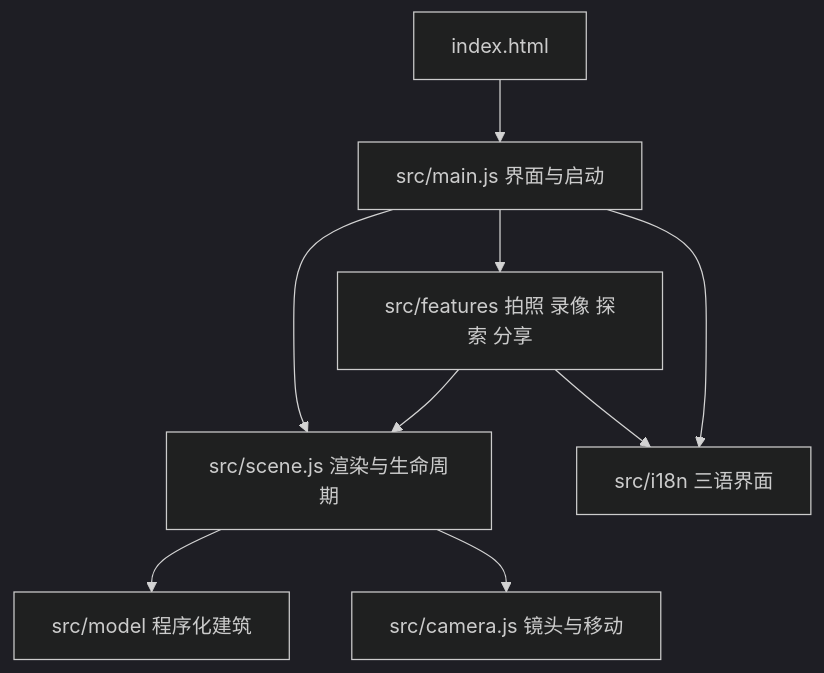
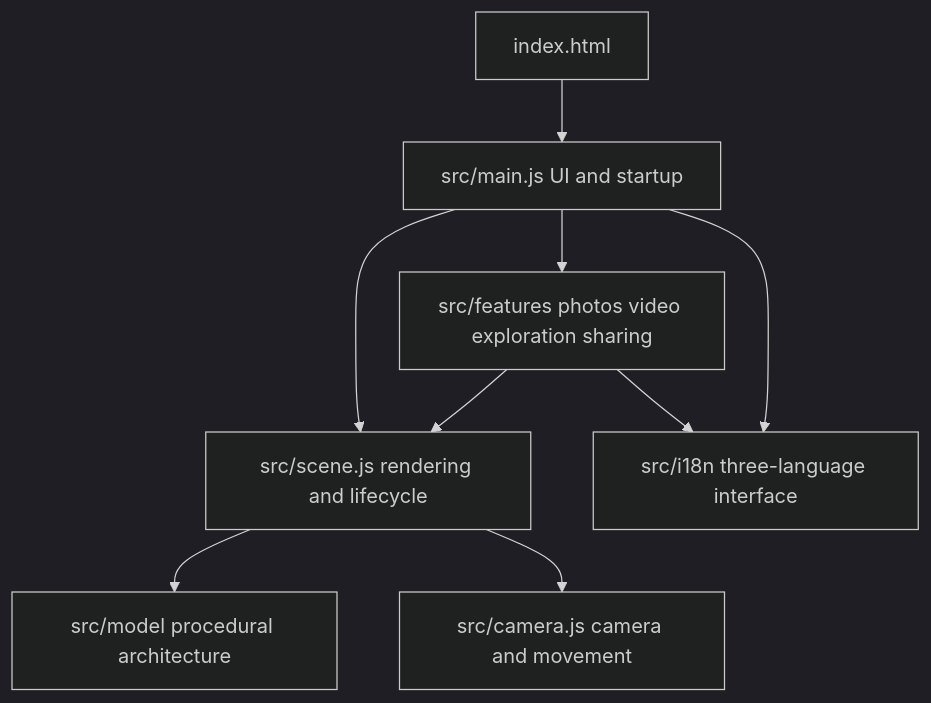
The diagram in docs/DEVELOPMENT.md (Chcccjj/bernabeu-3d-experience), drawn with Mermaid (dark theme) before and after one commit. The commit also changed other lines of this file and 8 other files, not shown here.

````diff
--- a/docs/DEVELOPMENT.md
+++ b/docs/DEVELOPMENT.md
@@ -19,11 +21,11 @@
 ```mermaid
 flowchart TD
-  Entry[index.html] --> Main[src/main.js 界面与启动]
-  Main --> Scene[src/scene.js 渲染与生命周期]
-  Scene --> Model[src/model 程序化建筑]
-  Scene --> Camera[src/camera.js 镜头与移动]
-  Main --> Features[src/features 拍照 录像 探索 分享]
-  Main --> I18n[src/i18n 三语界面]
+  Entry[index.html] --> Main[src/main.js UI and startup]
+  Main --> Scene[src/scene.js rendering and lifecycle]
+  Scene --> Model[src/model procedural architecture]
+  Scene --> Camera[src/camera.js camera and movement]
+  Main --> Features[src/features photos video exploration sharing]
+  Main --> I18n[src/i18n three-language interface]
   Features --> Scene
   Features --> I18n
 ```
````
